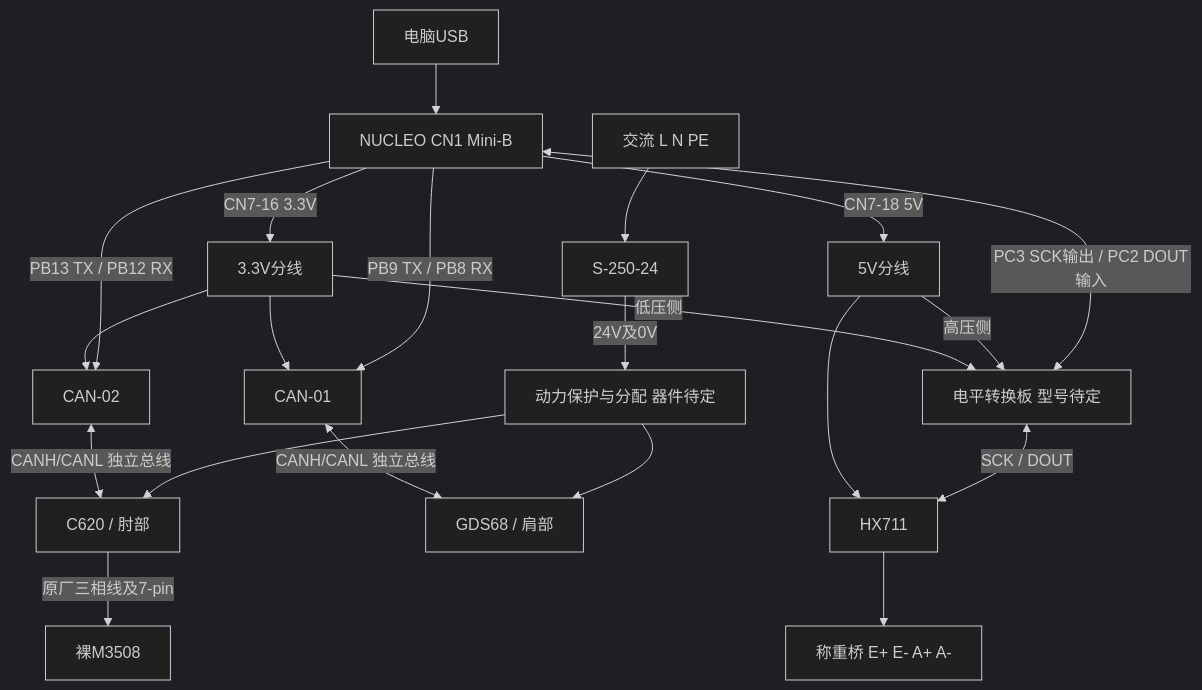
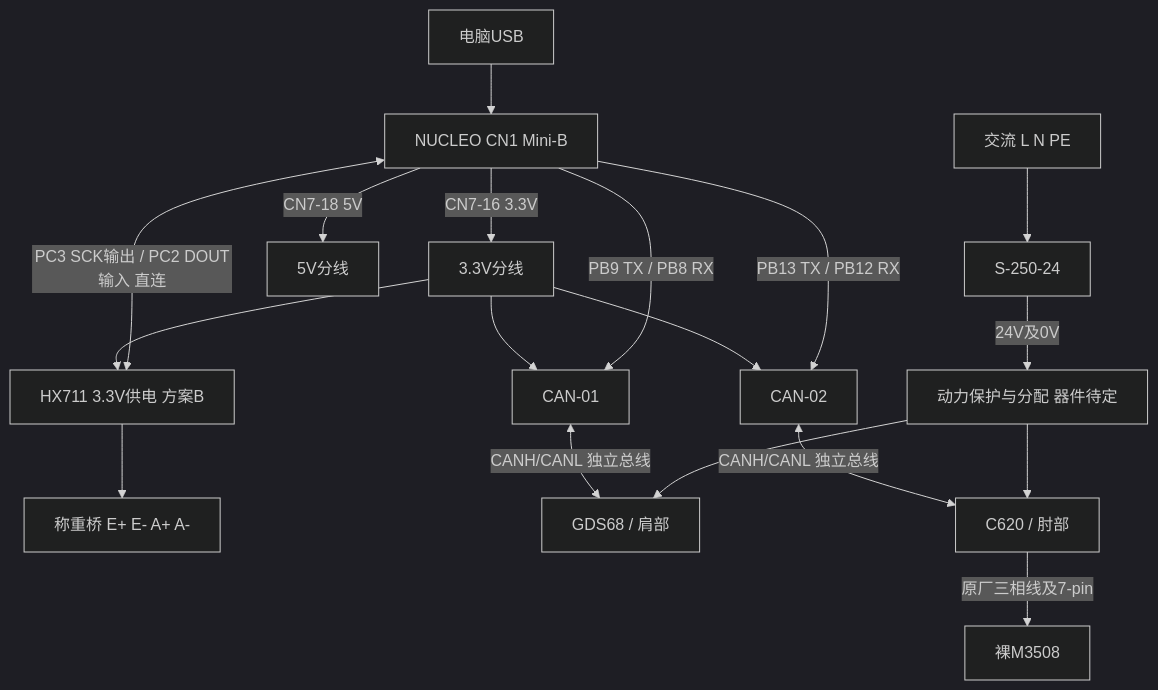
The diagram in Main_ project/Hardware_information_list/hardware_interface_registry.md (46564645/Surgery_exoskeleton), drawn with Mermaid (dark theme) before and after one commit. The commit also changed other lines of this file and 23 other files, not shown here.

````diff
--- a/Main_ project/Hardware_information_list/hardware_interface_registry.md
+++ b/Main_ project/Hardware_information_list/hardware_interface_registry.md
@@ -416,23 +416,20 @@
 ```mermaid
 flowchart TD
   PC[电脑USB] --> MCU[NUCLEO CN1 Mini-B]
   MCU -->|CN7-16 3.3V| L33[3.3V分线]
   MCU -->|CN7-18 5V| L5[5V分线]
   L33 --> CAN1[CAN-01]
   L33 --> CAN2[CAN-02]
-  L33 -->|低压侧| LS[电平转换板 型号待定]
-  L5 -->|高压侧| LS
-  L5 --> HX[HX711]
+  L33 --> HX[HX711 3.3V供电 方案B]
   MCU -->|PB9 TX / PB8 RX| CAN1
   MCU -->|PB13 TX / PB12 RX| CAN2
-  MCU <-->|PC3 SCK输出 / PC2 DOUT输入| LS
-  LS <-->|SCK / DOUT| HX
+  MCU <-->|PC3 SCK输出 / PC2 DOUT输入 直连| HX
   HX --> FORCE[称重桥 E+ E- A+ A-]
   CAN1 <-->|CANH/CANL 独立总线| GDS[GDS68 / 肩部]
   CAN2 <-->|CANH/CANL 独立总线| C620[C620 / 肘部]
   AC[交流 L N PE] --> PSU[S-250-24]
   PSU -->|24V及0V| DIST[动力保护与分配 器件待定]
   DIST --> GDS
   DIST --> C620
   C620 -->|原厂三相线及7-pin| MOTOR[裸M3508]
 ```
````
